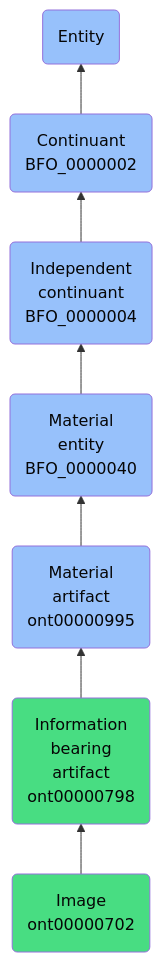
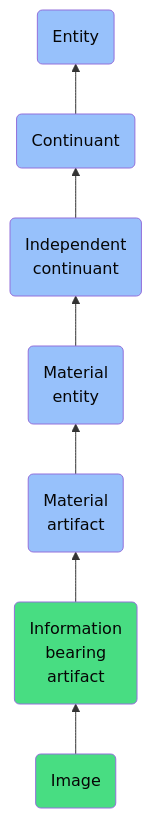
One commit to jupyter-naas/abi changed the diagram in docs/ontology/reference/model/Entity/Continuant/Independent continuant/Material entity/Material artifact/Information bearing artifact/Image/Image.md. Above: the diagram before and after it, drawn with Mermaid. The commit also changed other lines of this file and 1430 other files, not shown here.

````diff
--- a/docs/ontology/reference/model/Entity/Continuant/Independent continuant/Material entity/Material artifact/Information bearing artifact/Image/Image.md
+++ b/docs/ontology/reference/model/Entity/Continuant/Independent continuant/Material entity/Material artifact/Information bearing artifact/Image/Image.md
@@ -24,14 +24,14 @@
 ```mermaid
 graph BT
-    ont00000702(Image<br>ont00000702):::ABI-->ont00000798
-    ont00000798(Information<br>bearing<br>artifact<br>ont00000798):::ABI-->ont00000995
-    ont00000995(Material<br>artifact<br>ont00000995):::BFO-->BFO_0000040
-    BFO_0000040(Material<br>entity<br>BFO_0000040):::BFO-->BFO_0000004
-    BFO_0000004(Independent<br>continuant<br>BFO_0000004):::BFO-->BFO_0000002
-    BFO_0000002(Continuant<br>BFO_0000002):::BFO-->BFO_0000001
+    ont00000702(Image):::ABI-->ont00000798
+    ont00000798(Information<br>bearing<br>artifact):::ABI-->ont00000995
+    ont00000995(Material<br>artifact):::BFO-->BFO_0000040
+    BFO_0000040(Material<br>entity):::BFO-->BFO_0000004
+    BFO_0000004(Independent<br>continuant):::BFO-->BFO_0000002
+    BFO_0000002(Continuant):::BFO-->BFO_0000001
     BFO_0000001(Entity):::BFO
     
     classDef BFO fill:#97c1fb,color:#060606
     classDef CCO fill:#e4c51e,color:#060606
     classDef ABI fill:#48DD82,color:#060606
 ```
````
